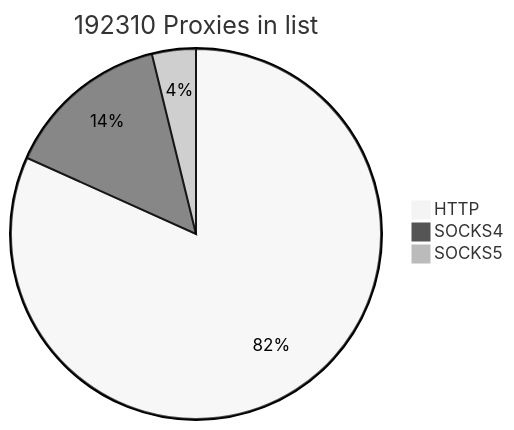
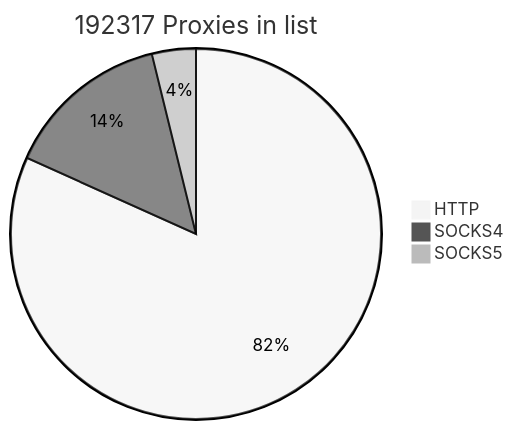
Before and after one commit to cutipu/proxylist: the first of 2 diagrams in README.md, drawn with Mermaid (neutral theme). The commit also changed other lines of this file, not shown here.

````diff
--- a/README.md
+++ b/README.md
@@ -2,7 +2,7 @@
 ```mermaid
-pie title 192310 Proxies in list
-    "HTTP" : 157193
-    "SOCKS4" : 27751
-    "SOCKS5" : 7366
+pie title 192317 Proxies in list
+    "HTTP" : 157194
+    "SOCKS4" : 27753
+    "SOCKS5" : 7370
             
 ```
````
